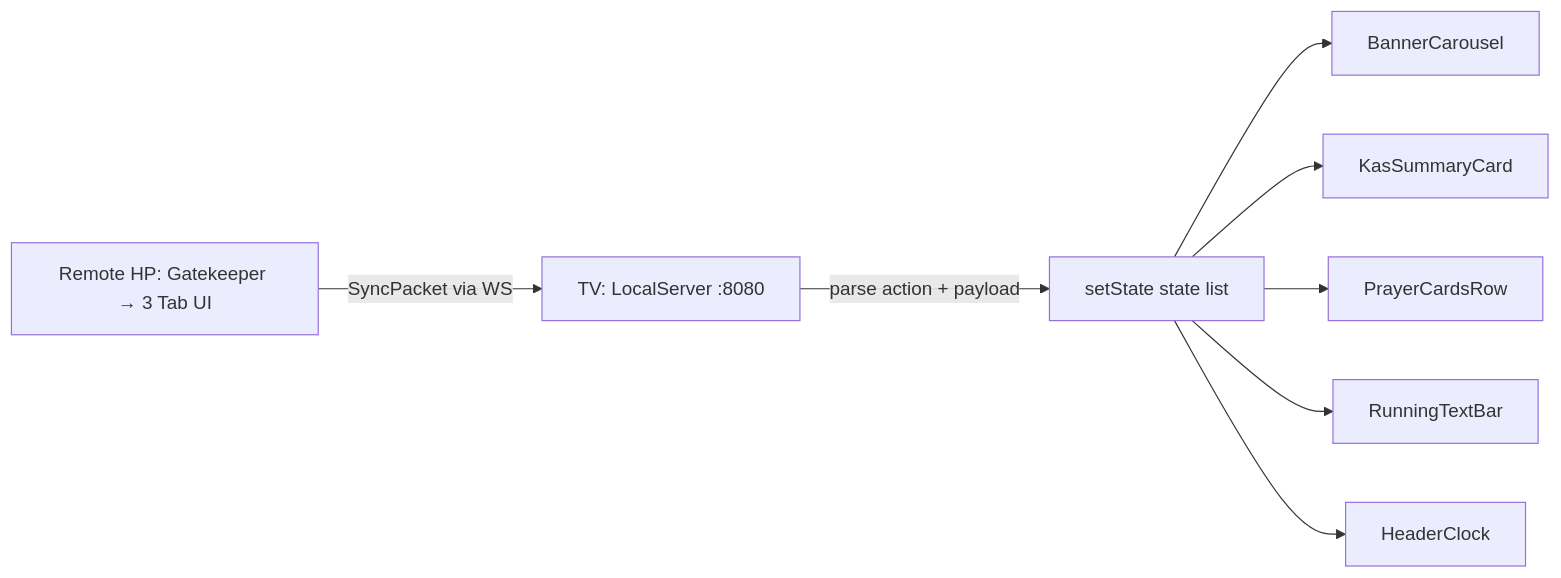
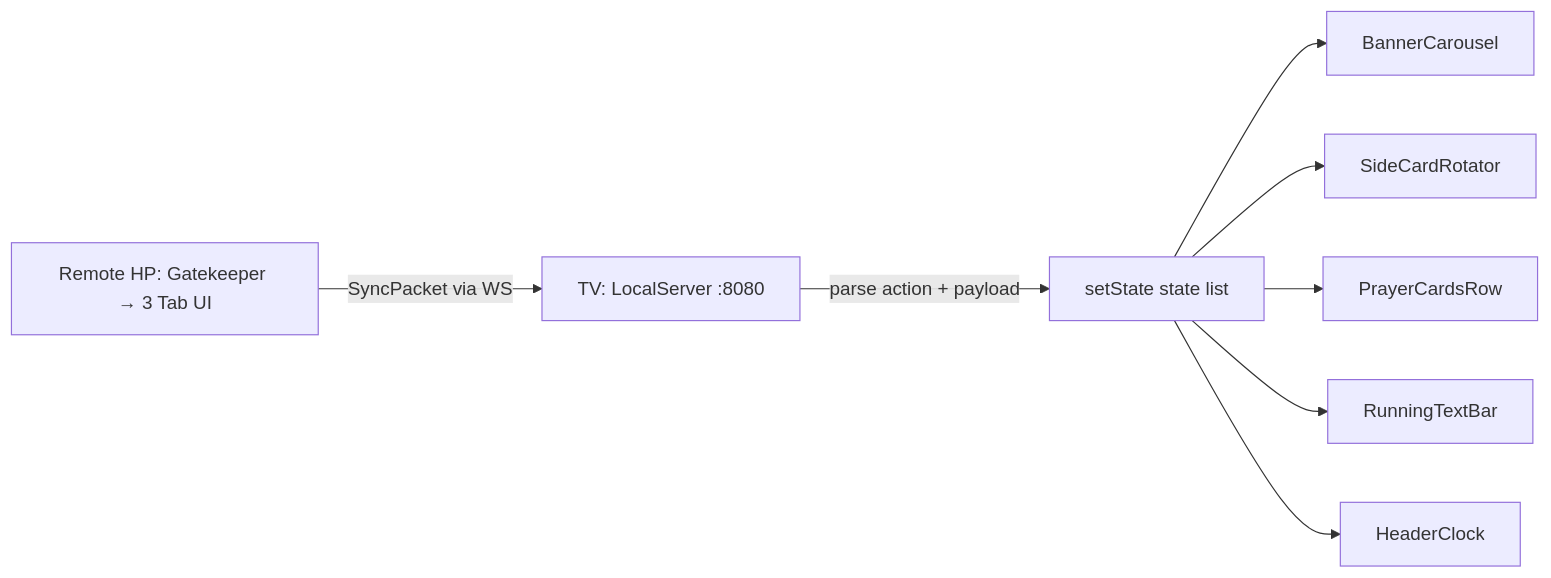
Before and after one commit to nyanpoketto-kujira/masjid-you: the diagram in docs/MAP.md, drawn with Mermaid. The commit also changed other lines of this file and 28 other files, not shown here.

````diff
--- a/docs/MAP.md
+++ b/docs/MAP.md
@@ -72,10 +72,10 @@
 ```mermaid
 flowchart LR
     A[Remote HP: Gatekeeper → 3 Tab UI] -->|SyncPacket via WS| B[TV: LocalServer :8080]
     B -->|parse action + payload| C[setState state list]
     C --> D[BannerCarousel]
-    C --> E[KasSummaryCard]
+    C --> E[SideCardRotator]
     C --> F[PrayerCardsRow]
     C --> G[RunningTextBar]
     C --> H[HeaderClock]
 ```
````
